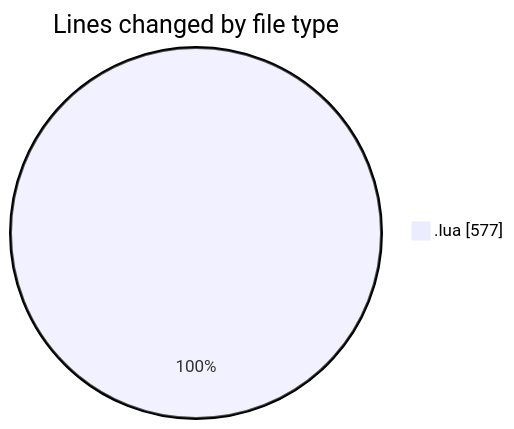
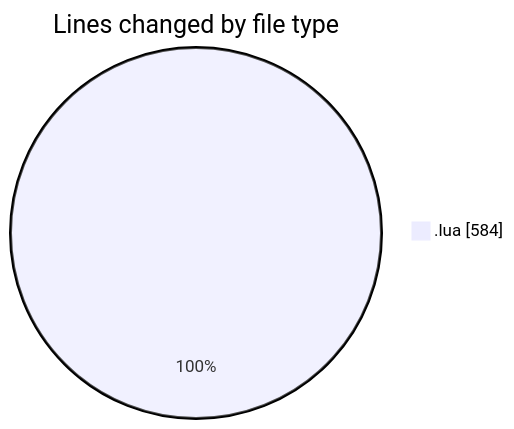
The first of 2 diagrams in 2025-08-10/_hammerspoon/README.md (EIIisD/code-tracking), drawn with Mermaid before and after one commit. The commit also changed other lines of this file and 1 other file, not shown here.

````diff
--- a/2025-08-10/_hammerspoon/README.md
+++ b/2025-08-10/_hammerspoon/README.md
@@ -22,5 +22,5 @@
 ```mermaid
 pie showData
 title Lines changed by file type
-".lua" : 577
+".lua" : 584
 ```
````
